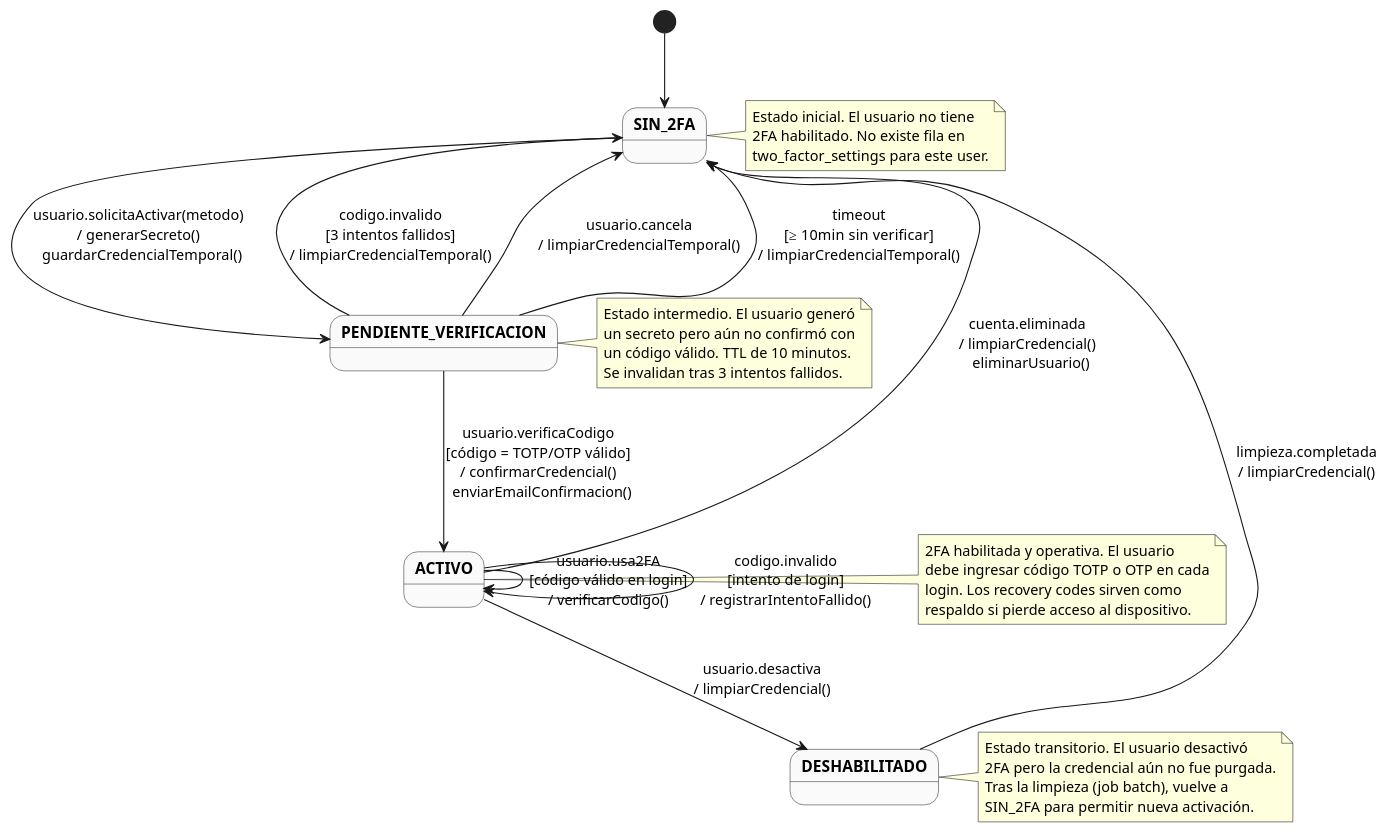
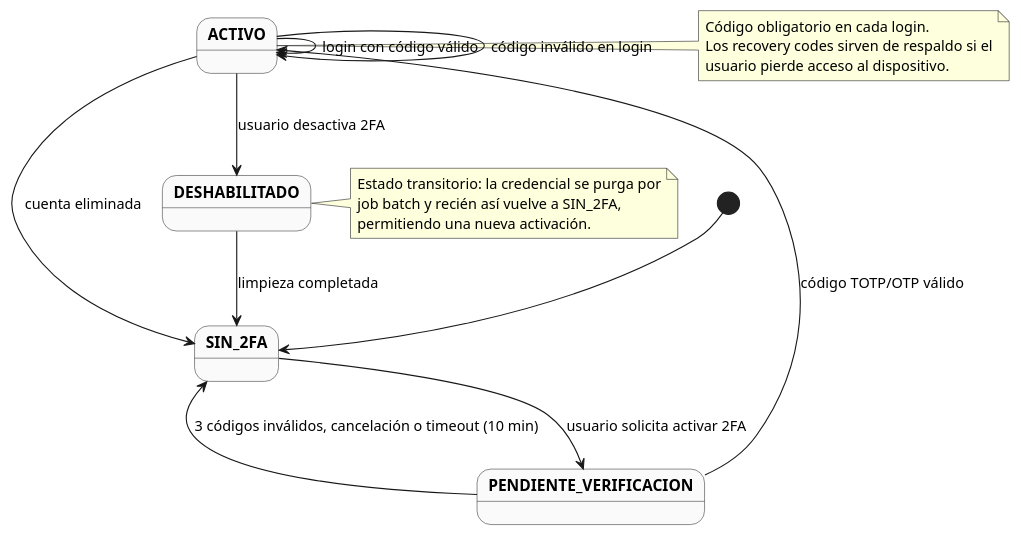
The diagram in docs/uml/8.5.2-estado-2fa-simple.puml (D4nitrix13/AtlasCommerce), drawn with PlantUML before and after one commit. The commit also changed 11 other files, not shown here.

```diff
--- a/docs/uml/8.5.2-estado-2fa-simple.puml
+++ b/docs/uml/8.5.2-estado-2fa-simple.puml
@@ -1,59 +1,34 @@
 @startuml 8.5.2 - Diagrama de Estados: Verificación 2FA
-hide methods
-hide attributes
-hide empty members
 skinparam state {
   BackgroundColor #FAFAFA
   BorderColor #333333
   FontStyle bold
 }
 
-state "SIN_2FA" as S2FA
-state "PENDIENTE_VERIFICACION" as PV
-state "ACTIVO" as ACT
-state "DESHABILITADO" as DES
+[*] --> SIN_2FA
 
-[*] --> S2FA
+SIN_2FA --> PENDIENTE_VERIFICACION : usuario solicita activar 2FA
 
-S2FA --> PV : usuario.solicitaActivar(metodo)\n/ generarSecreto()\n  guardarCredencialTemporal()
+PENDIENTE_VERIFICACION --> ACTIVO : código TOTP/OTP válido
+PENDIENTE_VERIFICACION --> SIN_2FA : 3 códigos inválidos, cancelación o timeout (10 min)
 
-note right of S2FA
-  Estado inicial. El usuario no tiene
-  2FA habilitado. No existe fila en
-  two_factor_settings para este user.
+note right of ACTIVO
+  Código obligatorio en cada login.
+  Los recovery codes sirven de respaldo si el
+  usuario pierde acceso al dispositivo.
 end note
 
-PV --> ACT : usuario.verificaCodigo\n[código = TOTP/OTP válido]\n/ confirmarCredencial()\n  enviarEmailConfirmacion()
-PV --> S2FA : codigo.invalido\n[3 intentos fallidos]\n/ limpiarCredencialTemporal()
-PV --> S2FA : usuario.cancela\n/ limpiarCredencialTemporal()
-PV --> S2FA : timeout\n[≥ 10min sin verificar]\n/ limpiarCredencialTemporal()
+ACTIVO --> ACTIVO : login con código válido
+ACTIVO --> ACTIVO : código inválido en login
+ACTIVO --> DESHABILITADO : usuario desactiva 2FA
+ACTIVO --> SIN_2FA : cuenta eliminada
 
-note right of PV
-  Estado intermedio. El usuario generó
-  un secreto pero aún no confirmó con
-  un código válido. TTL de 10 minutos.
-  Se invalidan tras 3 intentos fallidos.
-end note
+DESHABILITADO --> SIN_2FA : limpieza completada
 
-ACT --> ACT : usuario.usa2FA\n[código válido en login]\n/ verificarCodigo()
-ACT --> DES : usuario.desactiva\n/ limpiarCredencial()
-ACT --> ACT : codigo.invalido\n[intento de login]\n/ registrarIntentoFallido()
-ACT --> S2FA : cuenta.eliminada\n/ limpiarCredencial()\n  eliminarUsuario()
-
-note right of ACT
-  2FA habilitada y operativa. El usuario
-  debe ingresar código TOTP o OTP en cada
-  login. Los recovery codes sirven como
-  respaldo si pierde acceso al dispositivo.
-end note
-
-DES --> S2FA : limpieza.completada\n/ limpiarCredencial()
-
-note right of DES
-  Estado transitorio. El usuario desactivó
-  2FA pero la credencial aún no fue purgada.
-  Tras la limpieza (job batch), vuelve a
-  SIN_2FA para permitir nueva activación.
+note right of DESHABILITADO
+  Estado transitorio: la credencial se purga por
+  job batch y recién así vuelve a SIN_2FA,
+  permitiendo una nueva activación.
 end note
 
 @enduml
```
